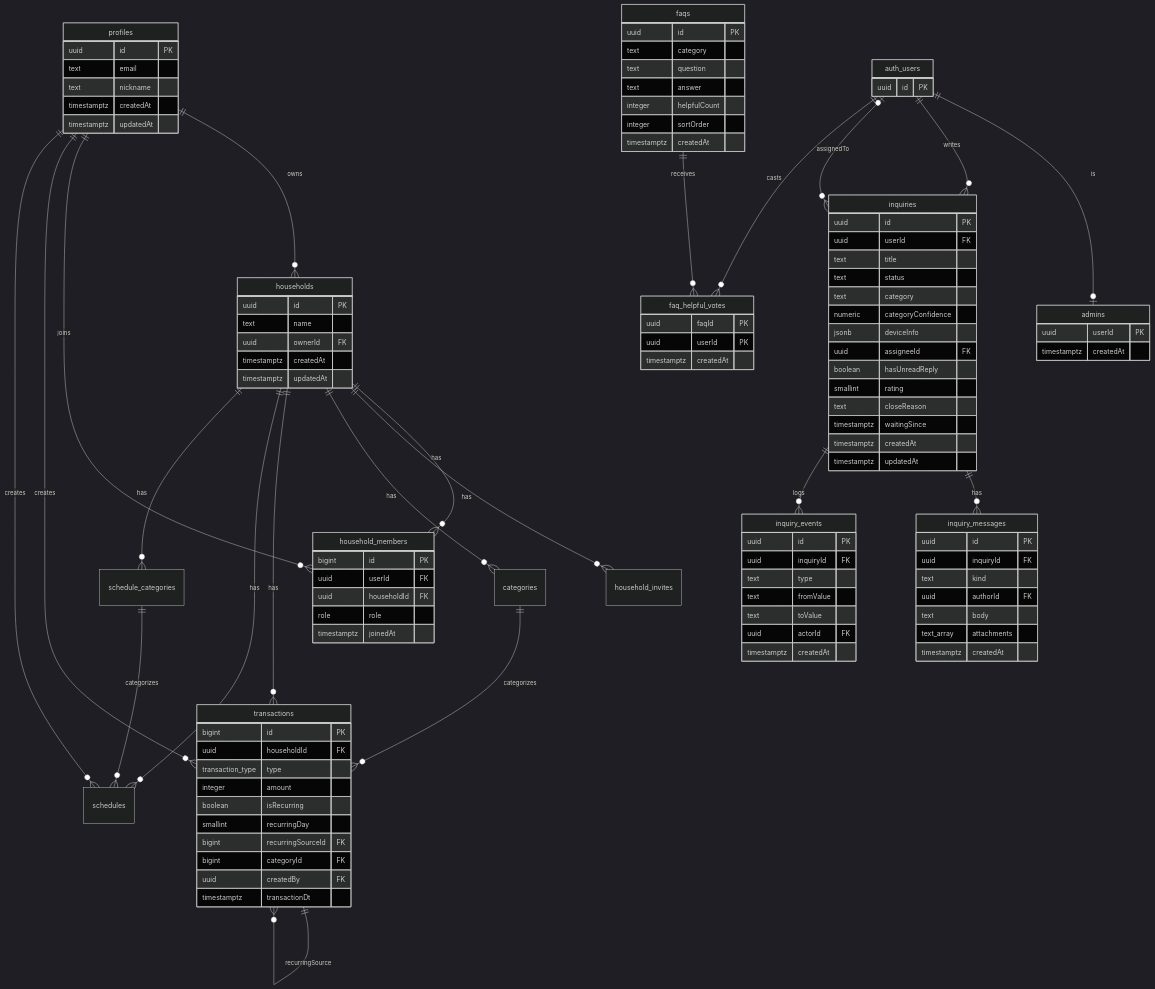
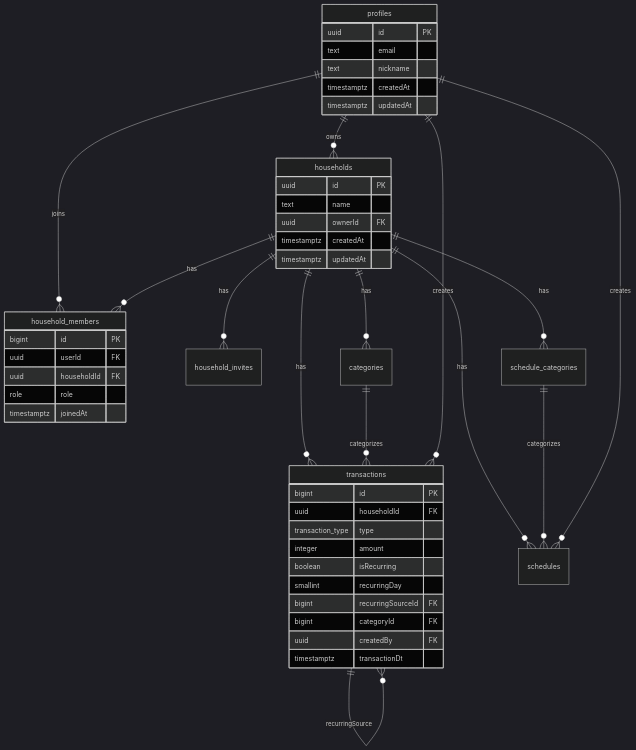
One commit to postop09/moa-web changed the diagram in docs/ARCHITECTURE.md. Above: the diagram before and after it, drawn with Mermaid (dark theme). The commit also changed other lines of this file and 344 other files, not shown here.

````diff
--- a/docs/ARCHITECTURE.md
+++ b/docs/ARCHITECTURE.md
@@ -163,13 +142,6 @@
   transactions ||--o{ transactions : recurringSource
   profiles ||--o{ transactions : creates
   profiles ||--o{ schedules : creates
-  auth_users ||--o| admins : is
-  auth_users ||--o{ inquiries : writes
-  auth_users |o--o{ inquiries : assignedTo
-  inquiries ||--o{ inquiry_messages : has
-  inquiries ||--o{ inquiry_events : logs
-  faqs ||--o{ faq_helpful_votes : receives
-  auth_users ||--o{ faq_helpful_votes : casts
 
   profiles {
     uuid id PK
@@ -208,65 +180,4 @@
     timestamptz transactionDt
   }
 
-  auth_users {
-    uuid id PK
-  }
-
-  admins {
-    uuid userId PK
-    timestamptz createdAt
-  }
-
-  faqs {
-    uuid id PK
-    text category
-    text question
-    text answer
-    integer helpfulCount
-    integer sortOrder
-    timestamptz createdAt
-  }
-
-  faq_helpful_votes {
-    uuid faqId PK
-    uuid userId PK
-    timestamptz createdAt
-  }
-
-  inquiries {
-    uuid id PK
-    uuid userId FK
-    text title
-    text status
-    text category
-    numeric categoryConfidence
-    jsonb deviceInfo
-    uuid assigneeId FK
-    boolean hasUnreadReply
-    smallint rating
-    text closeReason
-    timestamptz waitingSince
-    timestamptz createdAt
-    timestamptz updatedAt
-  }
-
-  inquiry_messages {
-    uuid id PK
-    uuid inquiryId FK
-    text kind
-    uuid authorId FK
-    text body
-    text_array attachments
-    timestamptz createdAt
-  }
-
-  inquiry_events {
-    uuid id PK
-    uuid inquiryId FK
-    text type
-    text fromValue
-    text toValue
-    uuid actorId FK
-    timestamptz createdAt
-  }
 ```
````
